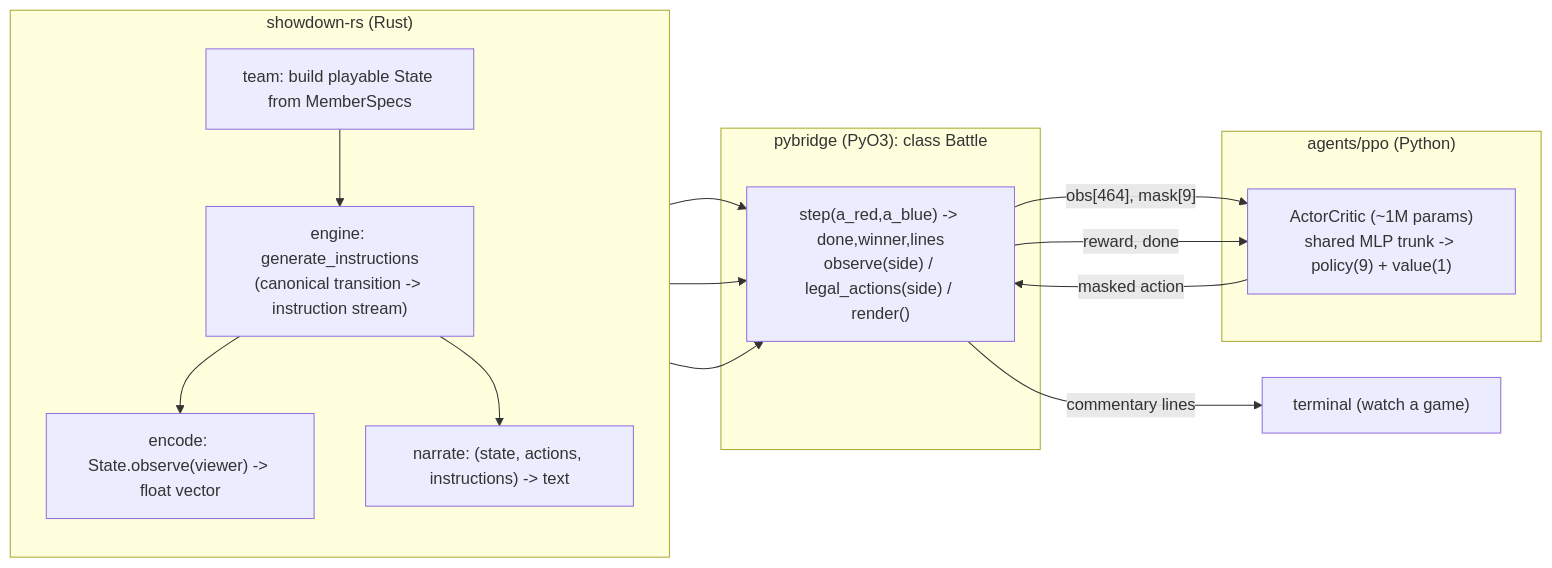
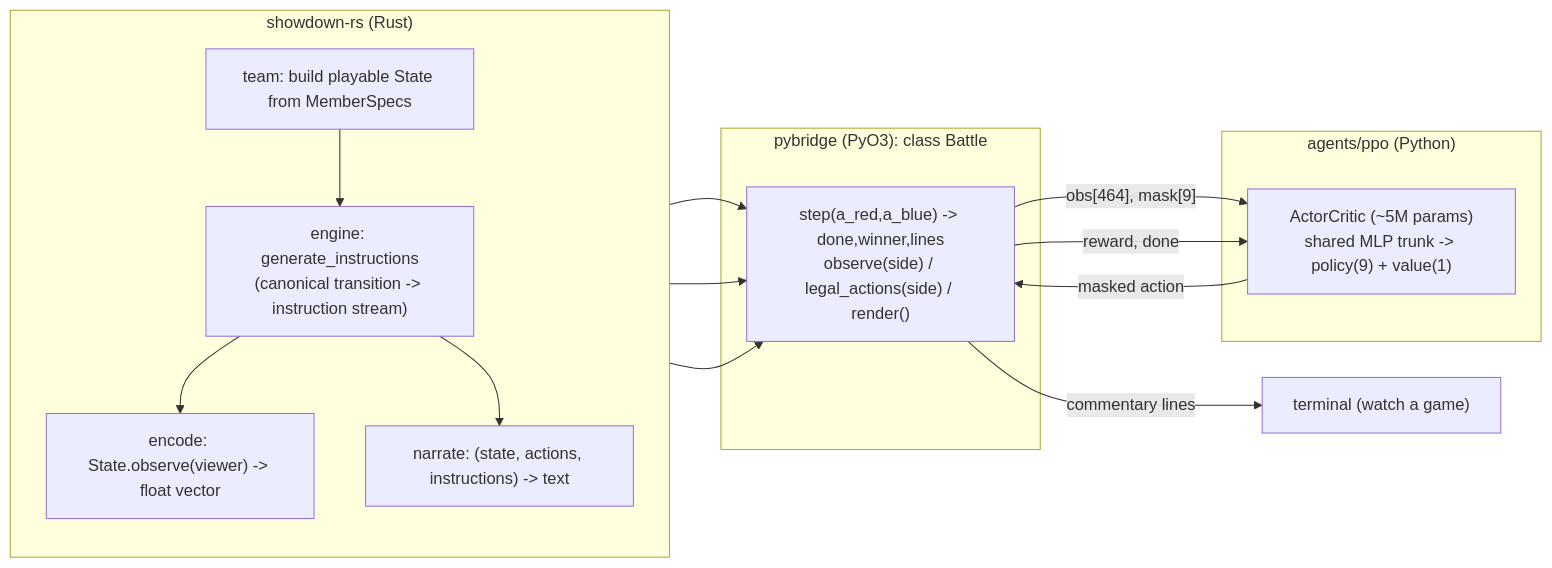
The first of 4 diagrams in agents/DESIGN.md (rfgordan/alphakazam), drawn with Mermaid before and after one commit. The commit also changed other lines of this file, not shown here.

Commit message:
docs: mermaid line breaks use <br/> (render reliably); fix stale ~1M label
VS Code's built-in markdown preview needs a mermaid extension to render; separately, the diagrams
used literal \n for line breaks which not all renderers honor — switched to <br/>. Also corrected
the component-diagram param label 1M -> 5M.

````diff
--- a/agents/DESIGN.md
+++ b/agents/DESIGN.md
@@ -16,29 +16,29 @@
 ```mermaid
 flowchart LR
     subgraph RUST["showdown-rs (Rust)"]
         direction TB
-        ENGINE["engine: generate_instructions\n(canonical transition -> instruction stream)"]
+        ENGINE["engine: generate_instructions<br/>(canonical transition -> instruction stream)"]
         TEAM["team: build playable State from MemberSpecs"]
         ENC["encode: State.observe(viewer) -> float vector"]
         NARR["narrate: (state, actions, instructions) -> text"]
         TEAM --> ENGINE
         ENGINE --> ENC
         ENGINE --> NARR
     end
 
     subgraph BRIDGE["pybridge (PyO3): class Battle"]
-        STEP["step(a_red,a_blue) -> done,winner,lines\nobserve(side) / legal_actions(side) / render()"]
+        STEP["step(a_red,a_blue) -> done,winner,lines<br/>observe(side) / legal_actions(side) / render()"]
     end
 
     subgraph AGENT["agents/ppo (Python)"]
-        AC["ActorCritic (~1M params)\nshared MLP trunk -> policy(9) + value(1)"]
+        AC["ActorCritic (~5M params)<br/>shared MLP trunk -> policy(9) + value(1)"]
     end
 
     ENC --> STEP
     NARR --> STEP
     ENGINE --> STEP
     STEP -- "obs[464], mask[9]" --> AC
     AC -- "masked action" --> STEP
     STEP -- "reward, done" --> AC
     STEP -- "commentary lines" --> TTY["terminal (watch a game)"]
 ```
````
